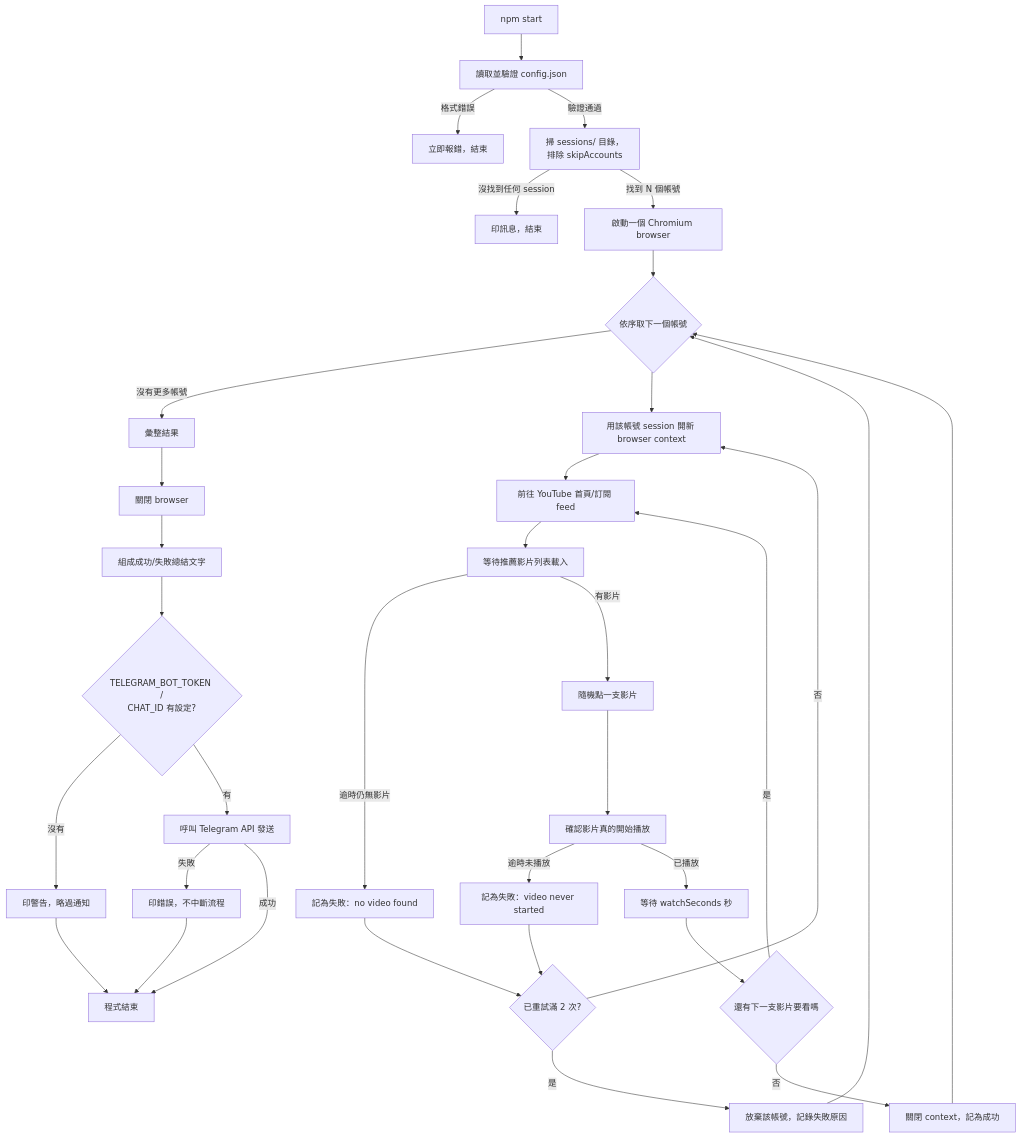
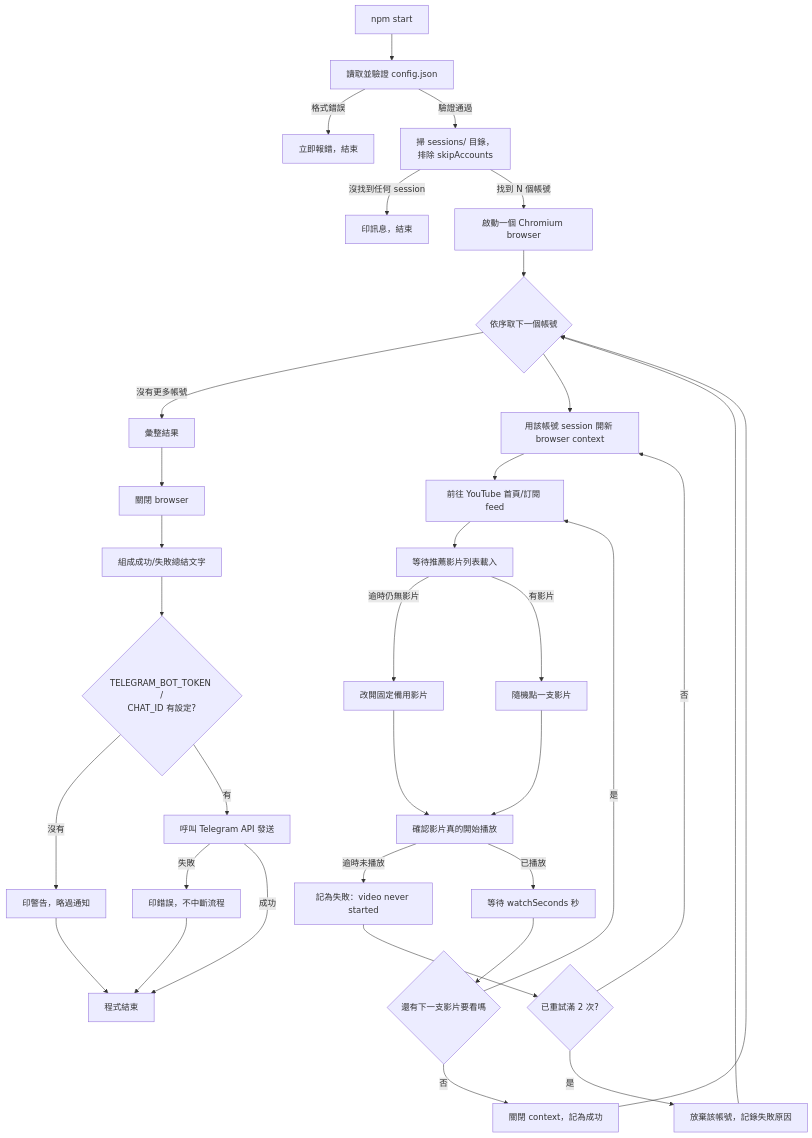
Before and after one commit to mao0507/youtube-auto-ip-geolocation: the diagram in README.zh-TW.md, drawn with Mermaid. The commit also changed other lines of this file and 1 other file, not shown here.

Commit message:
docs: document fallback video and debug screenshot behavior

````diff
--- a/README.zh-TW.md
+++ b/README.zh-TW.md
@@ -59,36 +61,36 @@
 ```mermaid
 flowchart TD
     A[npm start] --> B[讀取並驗證 config.json]
     B -->|格式錯誤| B1[立即報錯，結束]
     B -->|驗證通過| B2[掃 sessions/ 目錄，<br/>排除 skipAccounts]
     B2 -->|沒找到任何 session| B3[印訊息，結束]
     B2 -->|找到 N 個帳號| C[啟動一個 Chromium browser]
     C --> D{依序取下一個帳號}
     D -->|沒有更多帳號| Z[彙整結果]
     D --> E[用該帳號 session 開新 browser context]
     E --> F[前往 YouTube 首頁/訂閱 feed]
     F --> G[等待推薦影片列表載入]
-    G -->|逾時仍無影片| H[記為失敗：no video found]
+    G -->|逾時仍無影片| H[改開固定備用影片]
     G -->|有影片| I[隨機點一支影片]
+    H --> J[確認影片真的開始播放]
     I --> J[確認影片真的開始播放]
     J -->|逾時未播放| K[記為失敗：video never started]
     J -->|已播放| L[等待 watchSeconds 秒]
     L --> M{還有下一支影片要看嗎}
     M -->|是| F
     M -->|否| N[關閉 context，記為成功]
-    H --> O{已重試滿 2 次?}
-    K --> O
+    K --> O{已重試滿 2 次?}
     O -->|否| E
     O -->|是| P[放棄該帳號，記錄失敗原因]
     N --> D
     P --> D
     Z --> Q[關閉 browser]
     Q --> R[組成成功/失敗總結文字]
     R --> S{TELEGRAM_BOT_TOKEN /<br/>CHAT_ID 有設定?}
     S -->|沒有| T[印警告，略過通知]
     S -->|有| U[呼叫 Telegram API 發送]
     U -->|失敗| V[印錯誤，不中斷流程]
     T --> W[程式結束]
     V --> W
     U -->|成功| W
 ```
````
